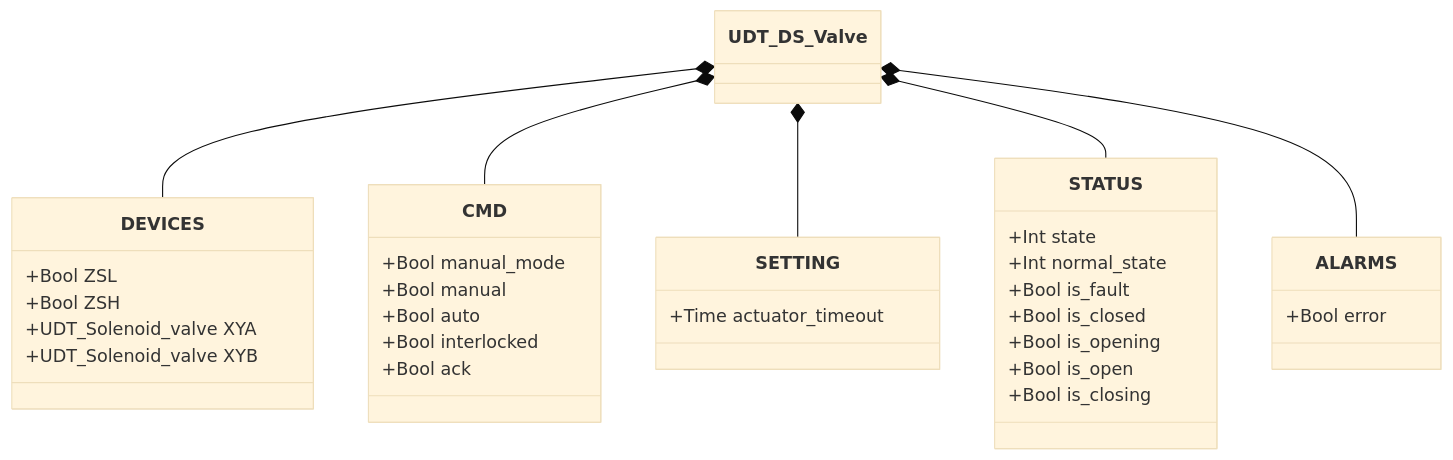
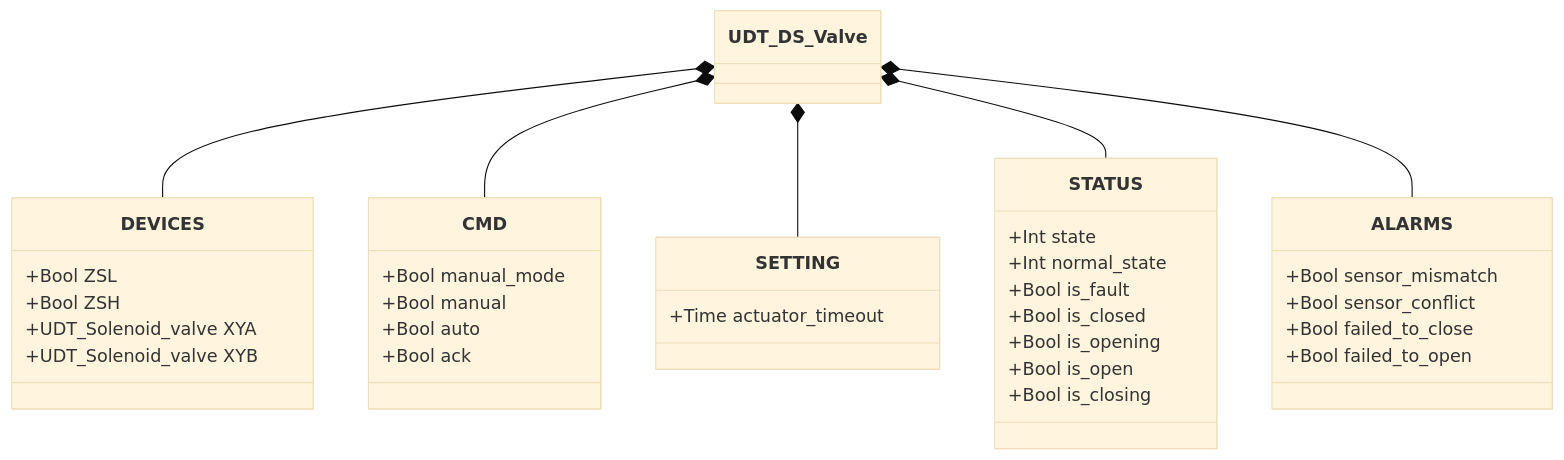
One commit to AleFire99/TIA_knowledge changed the second of 2 diagrams in docs/library/valves/butterfly/double_solenoid/index.en.md. Above: the diagram before and after it, drawn with Mermaid (base theme). The commit also changed other lines of this file and 199 other files, not shown here.

````diff
--- a/docs/library/valves/butterfly/double_solenoid/index.en.md
+++ b/docs/library/valves/butterfly/double_solenoid/index.en.md
@@ -85,37 +101,39 @@
 ```mermaid
 classDiagram
     class UDT_DS_Valve
     class DEVICES {
         +Bool ZSL
         +Bool ZSH
         +UDT_Solenoid_valve XYA
         +UDT_Solenoid_valve XYB
     }
     class CMD {
         +Bool manual_mode
         +Bool manual
         +Bool auto
-        +Bool interlocked
         +Bool ack
     }
     class SETTING {
         +Time actuator_timeout
     }
     class STATUS {
         +Int state
         +Int normal_state
         +Bool is_fault
         +Bool is_closed
         +Bool is_opening
         +Bool is_open
         +Bool is_closing
     }
     class ALARMS {
-        +Bool error
+        +Bool sensor_mismatch
+        +Bool sensor_conflict
+        +Bool failed_to_close
+        +Bool failed_to_open
     }
     UDT_DS_Valve *-- DEVICES
     UDT_DS_Valve *-- CMD
     UDT_DS_Valve *-- SETTING
     UDT_DS_Valve *-- STATUS
     UDT_DS_Valve *-- ALARMS
 ```
````
